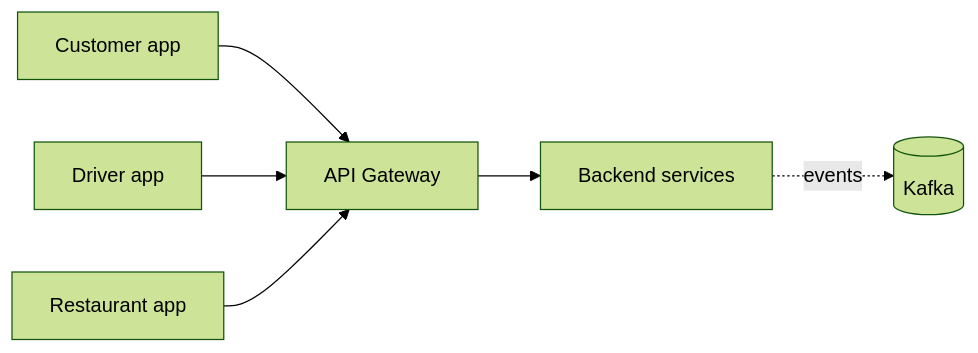
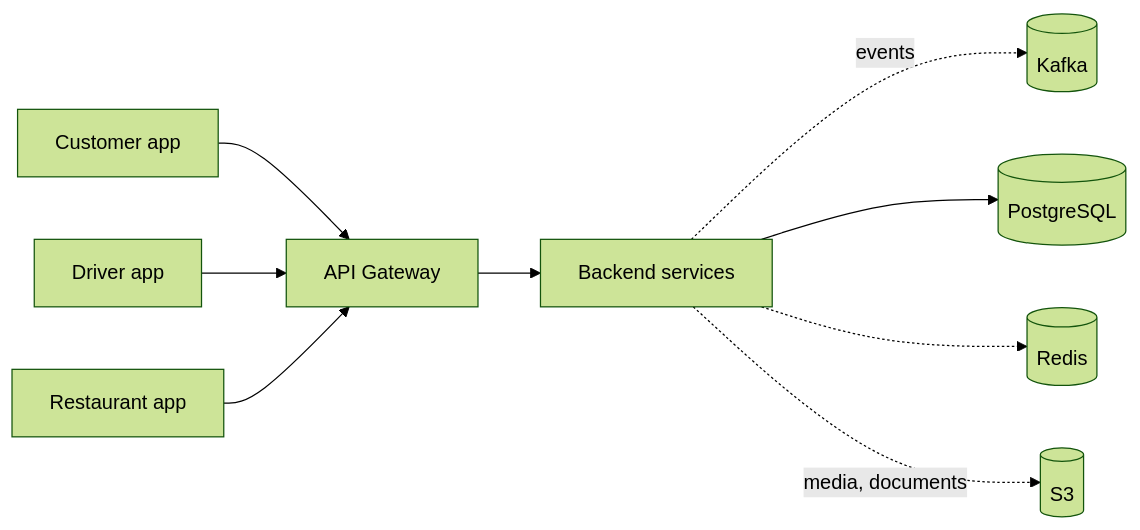
Before and after one commit to Delivery-Plus0/.github: the diagram in profile/README.md, drawn with Mermaid (forest theme). The commit also changed other lines of this file, not shown here.

````diff
--- a/profile/README.md
+++ b/profile/README.md
@@ -42,8 +47,11 @@
 ```mermaid
 flowchart LR
     C[Customer app] --> GW[API Gateway]
     D[Driver app] --> GW
     R[Restaurant app] --> GW
     GW --> S[Backend services]
     S -.->|events| K[(Kafka)]
+    S --> PG[(PostgreSQL)]
+    S -.-> RD[(Redis)]
+    S -.->|media, documents| S3[(S3)]
 ```
````
